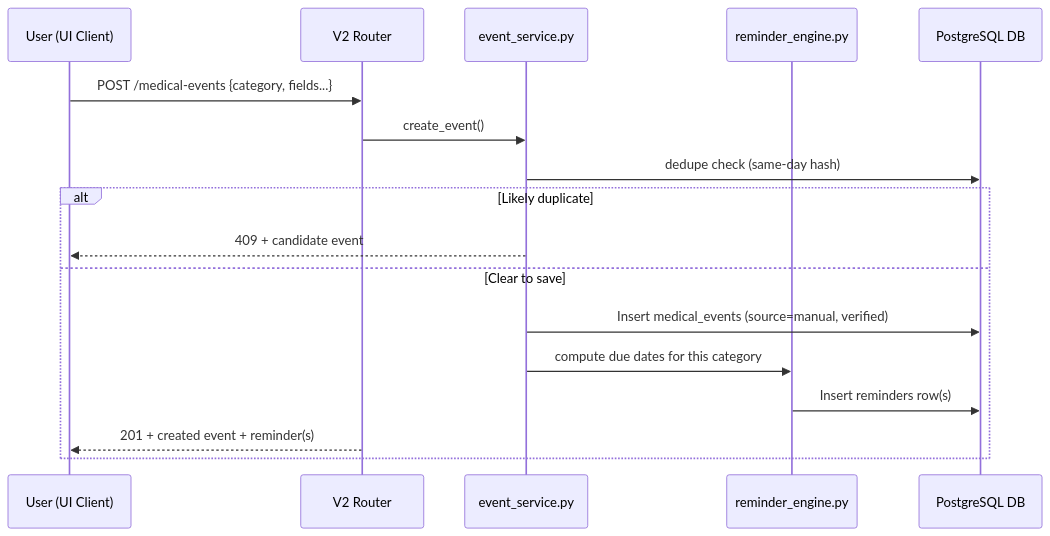
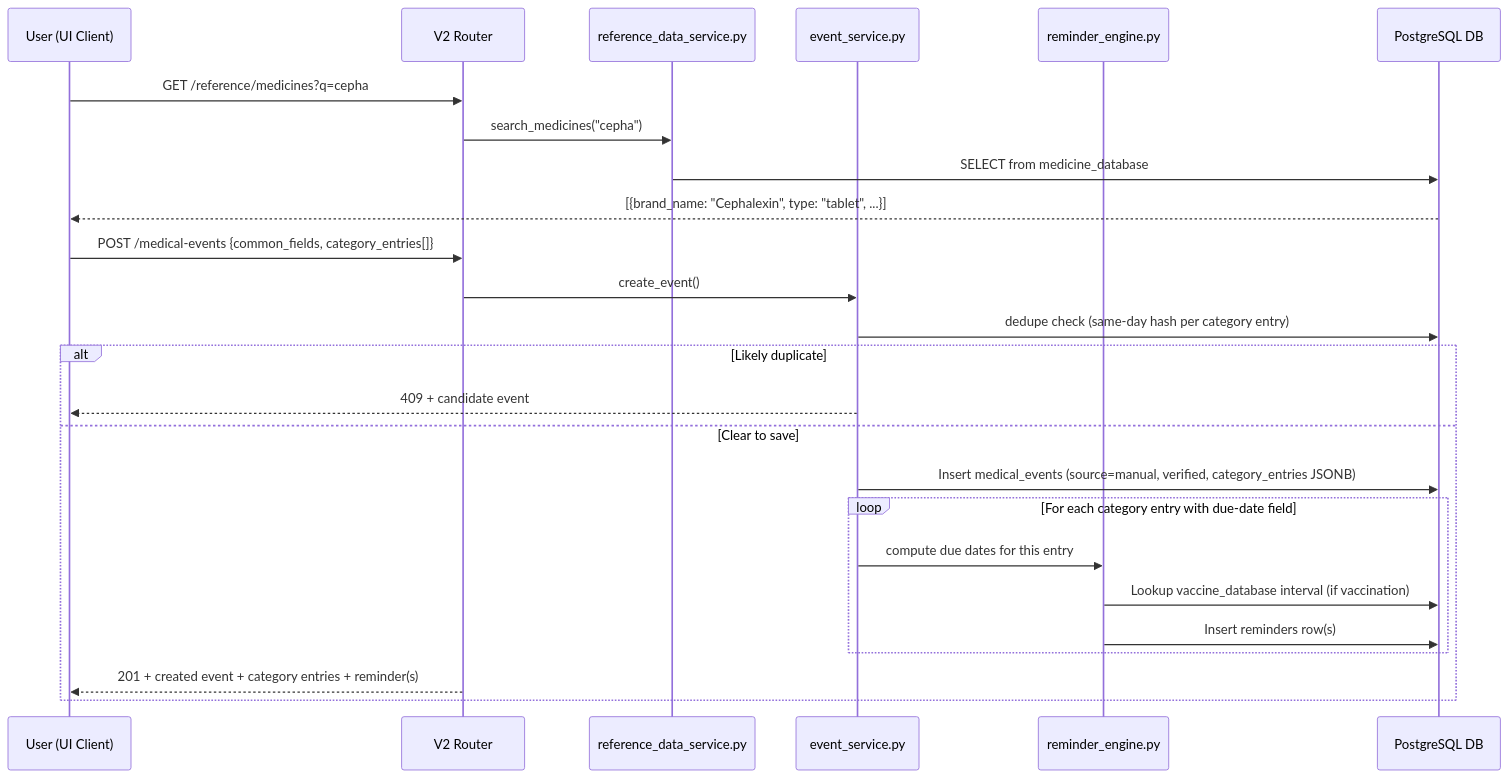
One commit to JannathBarveenR/blogreact changed the first of 4 diagrams in docs/appdocs/ai_timeline.docs/api_dbSpecs_ai_timeline.md. Above: the diagram before and after it, drawn with Mermaid. The commit also changed other lines of this file and 2 other files, not shown here.

````diff
--- a/docs/appdocs/ai_timeline.docs/api_dbSpecs_ai_timeline.md
+++ b/docs/appdocs/ai_timeline.docs/api_dbSpecs_ai_timeline.md
@@ -433,20 +800,29 @@
 ```mermaid
 sequenceDiagram
     participant User as User (UI Client)
     participant V2R as V2 Router
+    participant RefData as reference_data_service.py
     participant EventService as event_service.py
     participant RuleEngine as reminder_engine.py
     participant DB as PostgreSQL DB
 
-    User->>V2R: POST /medical-events {category, fields...}
+    User->>V2R: GET /reference/medicines?q=cepha
+    V2R->>RefData: search_medicines("cepha")
+    RefData->>DB: SELECT from medicine_database
+    DB-->>User: [{brand_name: "Cephalexin", type: "tablet", ...}]
+
+    User->>V2R: POST /medical-events {common_fields, category_entries[]}
     V2R->>EventService: create_event()
-    EventService->>DB: dedupe check (same-day hash)
+    EventService->>DB: dedupe check (same-day hash per category entry)
     alt Likely duplicate
         EventService-->>User: 409 + candidate event
     else Clear to save
-        EventService->>DB: Insert medical_events (source=manual, verified)
-        EventService->>RuleEngine: compute due dates for this category
-        RuleEngine->>DB: Insert reminders row(s)
-        V2R-->>User: 201 + created event + reminder(s)
+        EventService->>DB: Insert medical_events (source=manual, verified, category_entries JSONB)
+        loop For each category entry with due-date field
+            EventService->>RuleEngine: compute due dates for this entry
+            RuleEngine->>DB: Lookup vaccine_database interval (if vaccination)
+            RuleEngine->>DB: Insert reminders row(s)
+        end
+        V2R-->>User: 201 + created event + category entries + reminder(s)
     end
 ```
````
